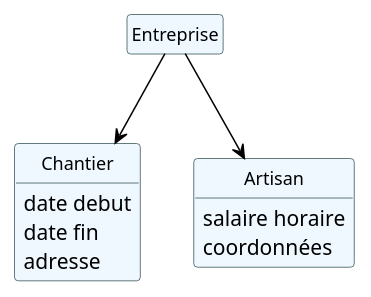
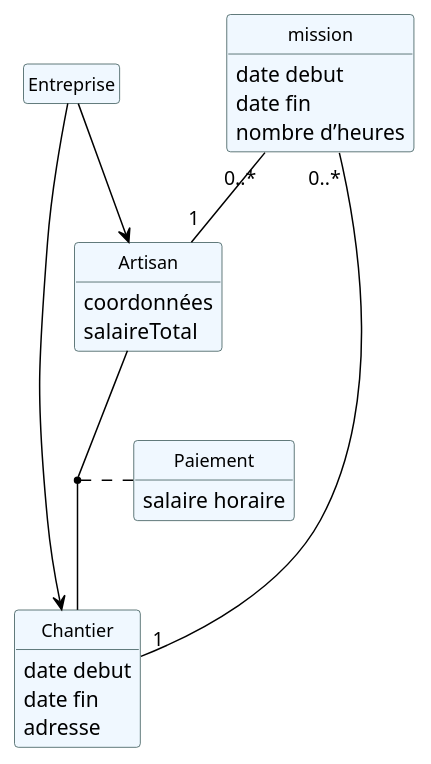
One commit to IUT-Blagnac/r2-01-conception-td5-BryceFuerty changed the diagram in dc.plantuml. Above: the diagram before and after it, drawn with PlantUML. The commit also changed 1 other file, not shown here.

```diff
--- a/dc.plantuml
+++ b/dc.plantuml
@@ -1,43 +1,62 @@
 @startuml test
 
 hide circle
 hide empty members
 hide empty methods
 
 skinparam classAttributeIconSize 0
 
 skinparam roundcorner 5
 
 skinparam class {
 	BackgroundColor AliceBlue
 	BorderColor DarkSlateGray
 	ArrowColor Black
 	FontColor Black
 	FontSize 12
 	FontName Helvetica
 }
 
 skinparam arrow {
     MessageAlign center
 }
 
 
 
 class Chantier{  
 	date debut
     date fin 
     adresse
 }
 
 class Artisan{
-    salaire horaire
     coordonnées
+	salaireTotal
 }
 
 class Entreprise{
 }
 
+
+
 Entreprise --> Chantier
 Entreprise --> Artisan
 
+mission "0..*" -- "1" Chantier
+mission "0..*" -- "1" Artisan
+(Artisan, Chantier ) .. Paiement
+
+class Paiement {
+	    salaire horaire
+		
+
+}
+
+class mission{
+	date debut 
+	date fin 
+	nombre d’heures
+}
+
+
 @enduml
```
